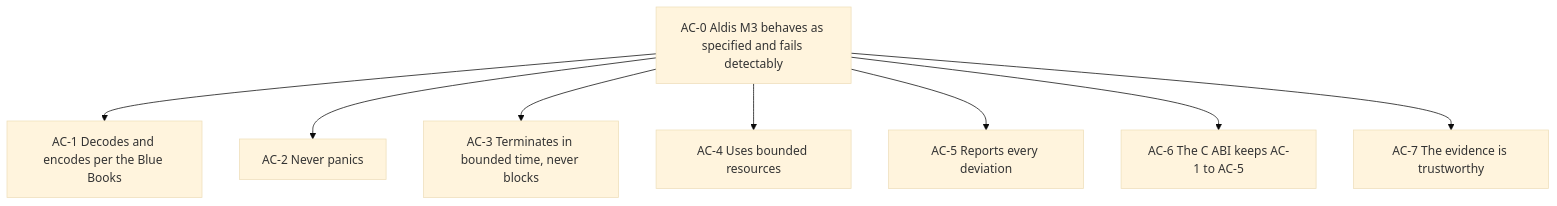
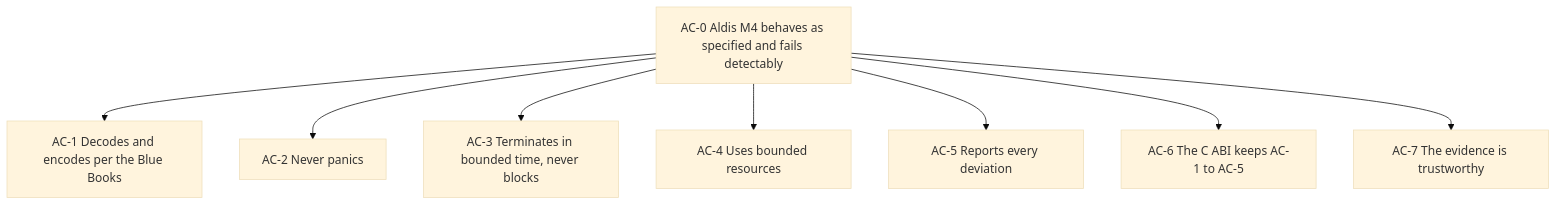
Before and after one commit to kscharpf/aldis: the diagram in docs/verification/assurance-case.md, drawn with Mermaid (base theme). The commit also changed other lines of this file and 21 other files, not shown here.

````diff
--- a/docs/verification/assurance-case.md
+++ b/docs/verification/assurance-case.md
@@ -15,11 +15,11 @@
 ```mermaid
 graph TD
-  AC0["AC-0 Aldis M3 behaves as specified and fails detectably"]
+  AC0["AC-0 Aldis M4 behaves as specified and fails detectably"]
   AC0 --> AC1["AC-1 Decodes and encodes per the Blue Books"]
   AC0 --> AC2["AC-2 Never panics"]
   AC0 --> AC3["AC-3 Terminates in bounded time, never blocks"]
   AC0 --> AC4["AC-4 Uses bounded resources"]
   AC0 --> AC5["AC-5 Reports every deviation"]
   AC0 --> AC6["AC-6 The C ABI keeps AC-1 to AC-5"]
   AC0 --> AC7["AC-7 The evidence is trustworthy"]
 ```
````
